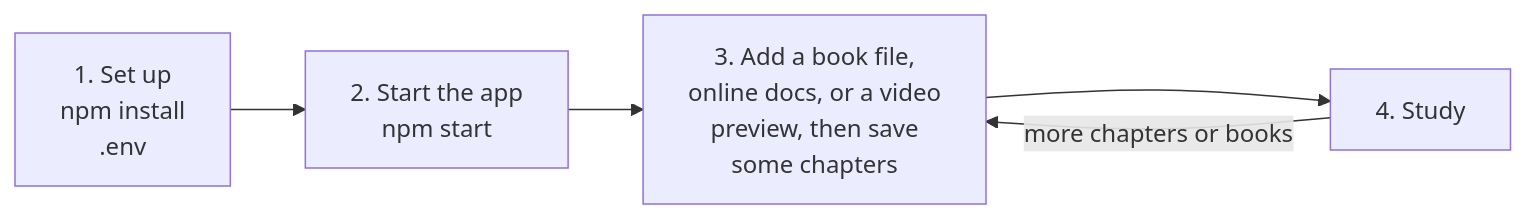
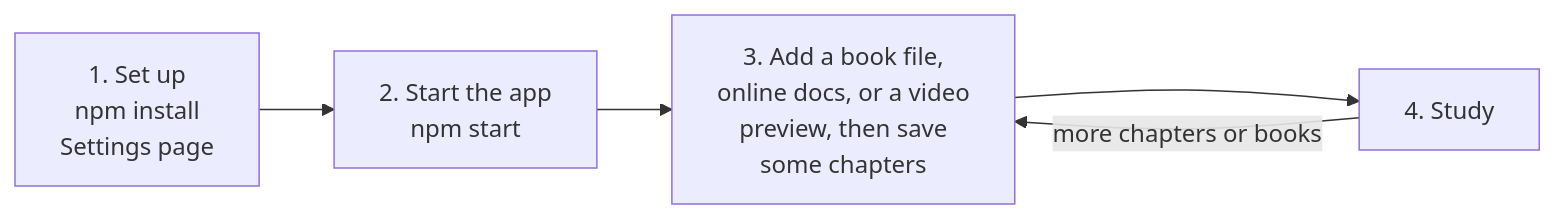
The diagram in data/readmes/demetrius-edelin__tutor.md (zqf20096327/dbhub_collect), drawn with Mermaid before and after one commit. The commit also changed other lines of this file and 523 other files, not shown here.

````diff
--- a/data/readmes/demetrius-edelin__tutor.md
+++ b/data/readmes/demetrius-edelin__tutor.md
@@ -68,7 +93,7 @@
 ```mermaid
 flowchart LR
-    S1["1. Set up<br/>npm install<br/>.env"] --> S2["2. Start the app<br/>npm start"]
+    S1["1. Set up<br/>npm install<br/>Settings page"] --> S2["2. Start the app<br/>npm start"]
     S2 --> S3["3. Add a book file,<br/>online docs, or a video<br/>preview, then save<br/>some chapters"]
     S3 --> S4["4. Study"]
     S4 -->|"more chapters or books"| S3
 ```
````
